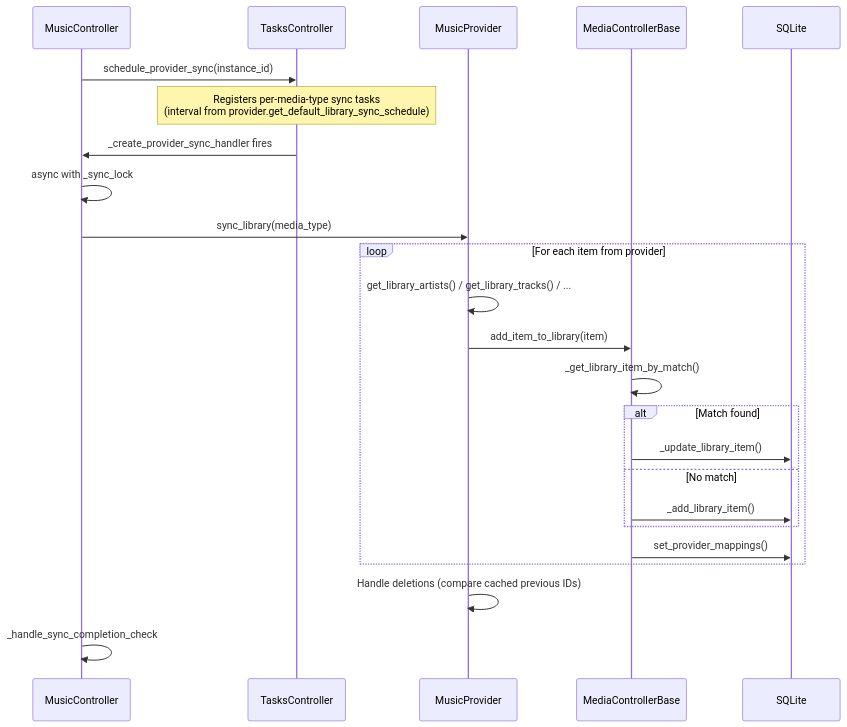
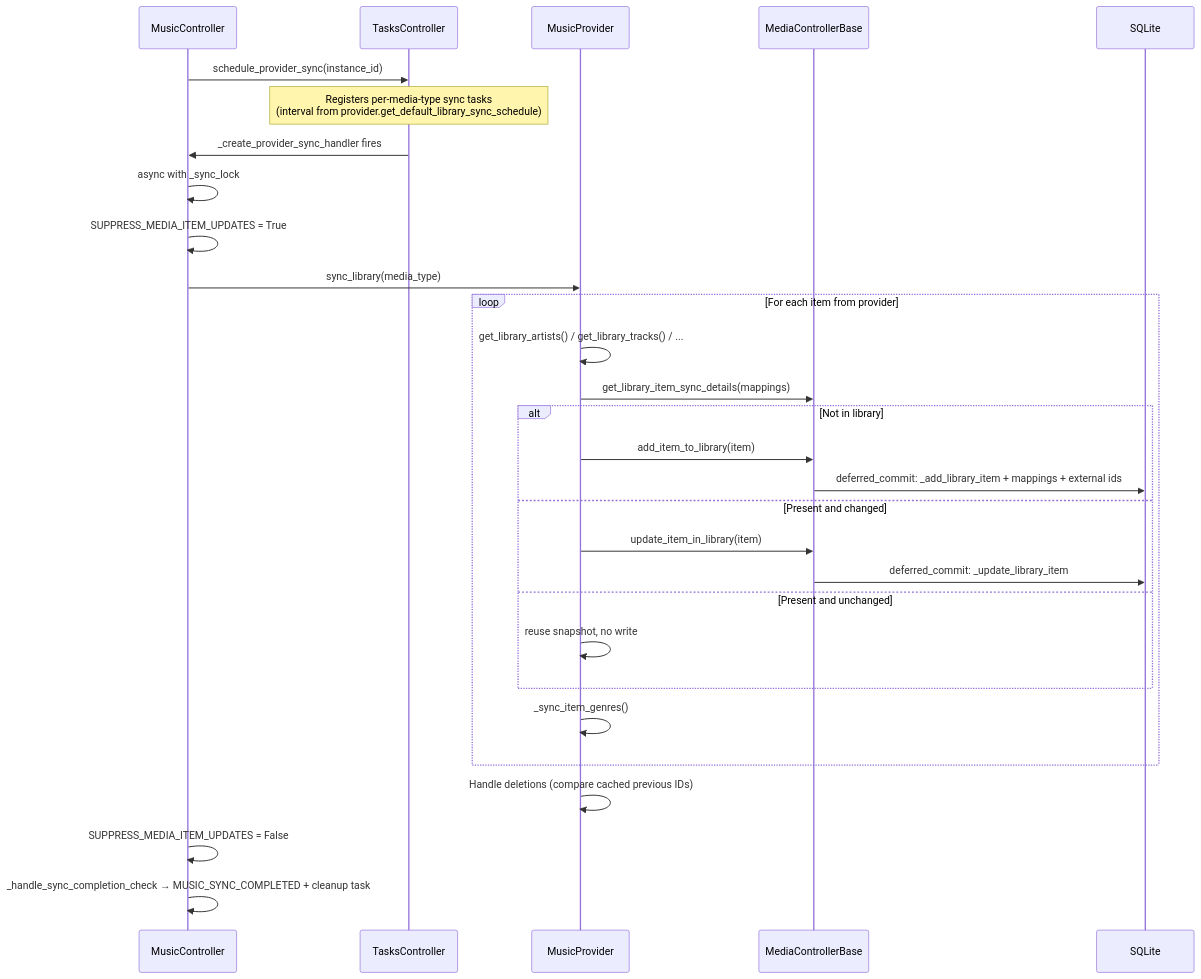
Before and after one commit to theturtle32/music-assistant-server: the second of 2 diagrams in docs/architecture/08-media-library.md, drawn with Mermaid. The commit also changed other lines of this file and 3 other files, not shown here.

First line of the commit message:
docs(architecture): media library refresh for the music package, search and recommendations

````diff
--- a/docs/architecture/08-media-library.md
+++ b/docs/architecture/08-media-library.md
@@ -216,27 +294,32 @@
 ```mermaid
 sequenceDiagram
     participant MC as MusicController
     participant Tasks as TasksController
     participant MP as MusicProvider
     participant Base as MediaControllerBase
     participant DB as SQLite
 
     MC->>Tasks: schedule_provider_sync(instance_id)
     Note over Tasks: Registers per-media-type sync tasks<br/>(interval from provider.get_default_library_sync_schedule)
     Tasks->>MC: _create_provider_sync_handler fires
     MC->>MC: async with _sync_lock
+    MC->>MC: SUPPRESS_MEDIA_ITEM_UPDATES = True
     MC->>MP: sync_library(media_type)
     loop For each item from provider
         MP->>MP: get_library_artists() / get_library_tracks() / ...
-        MP->>Base: add_item_to_library(item)
-        Base->>Base: _get_library_item_by_match()
-        alt Match found
-            Base->>DB: _update_library_item()
-        else No match
-            Base->>DB: _add_library_item()
+        MP->>Base: get_library_item_sync_details(mappings)
+        alt Not in library
+            MP->>Base: add_item_to_library(item)
+            Base->>DB: deferred_commit: _add_library_item + mappings + external ids
+        else Present and changed
+            MP->>Base: update_item_in_library(item)
+            Base->>DB: deferred_commit: _update_library_item
+        else Present and unchanged
+            MP->>MP: reuse snapshot, no write
         end
-        Base->>DB: set_provider_mappings()
+        MP->>MP: _sync_item_genres()
     end
     MP->>MP: Handle deletions (compare cached previous IDs)
-    MC->>MC: _handle_sync_completion_check
+    MC->>MC: SUPPRESS_MEDIA_ITEM_UPDATES = False
+    MC->>MC: _handle_sync_completion_check → MUSIC_SYNC_COMPLETED + cleanup task
 ```
````
